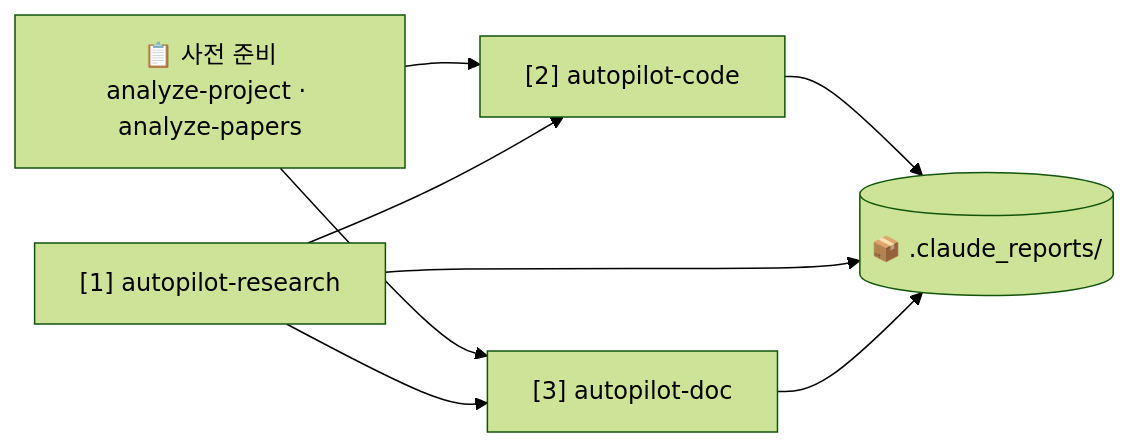
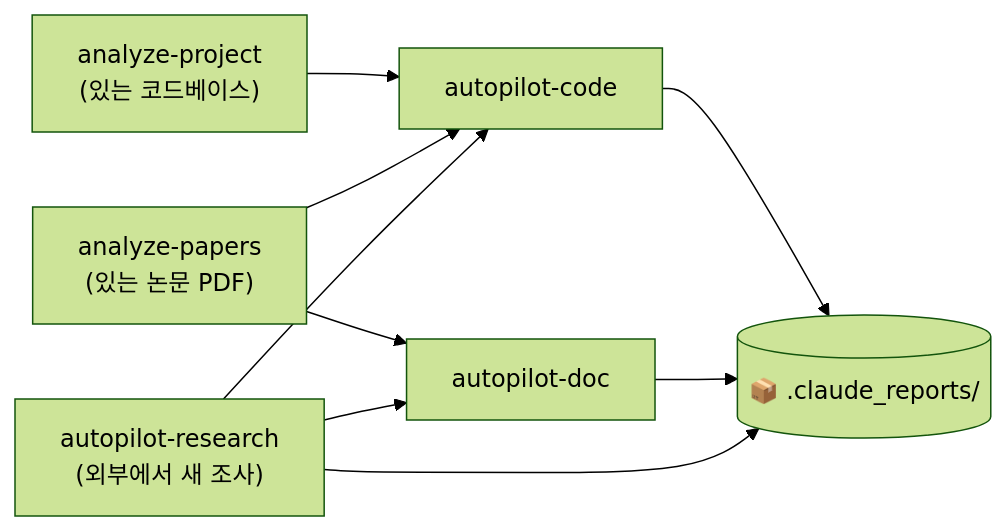
One commit to dmlguq456/agent_setting changed the first of 2 diagrams in README.md. Above: the diagram before and after it, drawn with Mermaid (forest theme). The commit also changed other lines of this file and 1 other file, not shown here.

First line of the commit message:
refactor(README): drop [N] numbering + level-align analyze-* with research

````diff
--- a/README.md
+++ b/README.md
@@ -11,15 +11,17 @@
 ```mermaid
 flowchart LR
-    PREP["📋 사전 준비<br/>analyze-project · analyze-papers"]
-    R["[1] autopilot-research"]
-    C["[2] autopilot-code"]
-    D["[3] autopilot-doc"]
+    AP["analyze-project<br/>(있는 코드베이스)"]
+    ARP["analyze-papers<br/>(있는 논문 PDF)"]
+    R["autopilot-research<br/>(외부에서 새 조사)"]
+    C["autopilot-code"]
+    D["autopilot-doc"]
     OUT[("📦 .claude_reports/")]
-    PREP --> C
-    PREP --> D
+    AP --> C
+    ARP --> C
+    ARP --> D
     R --> D
     R --> C
     C --> OUT
+    D --> OUT
     R --> OUT
-    D --> OUT
 ```
````
